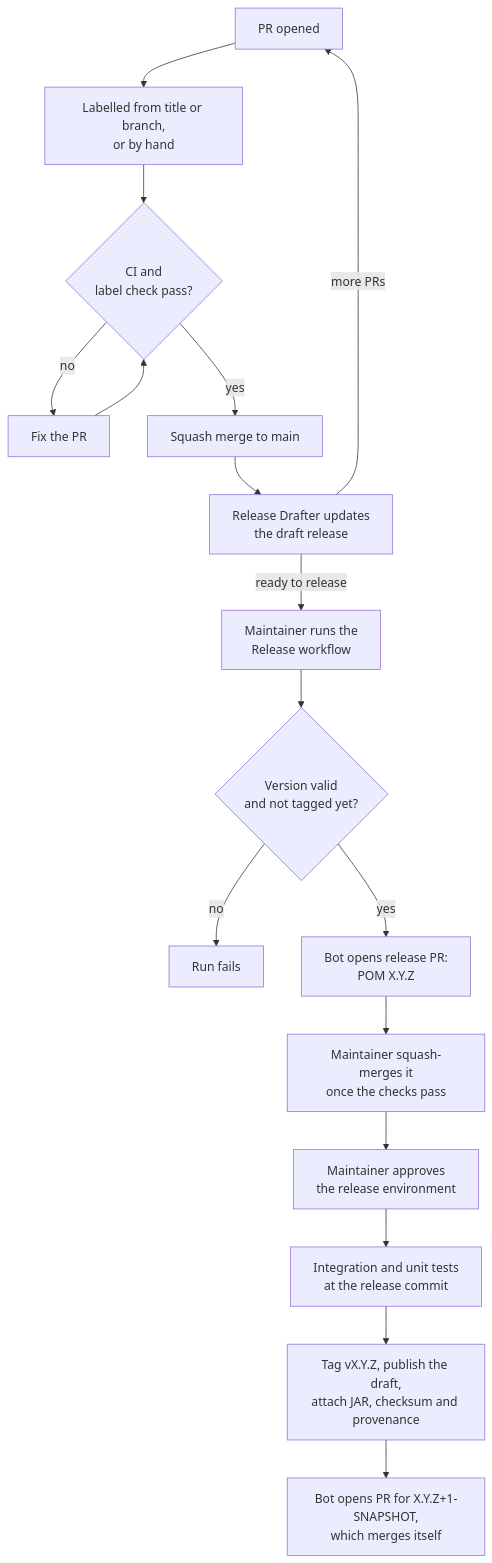
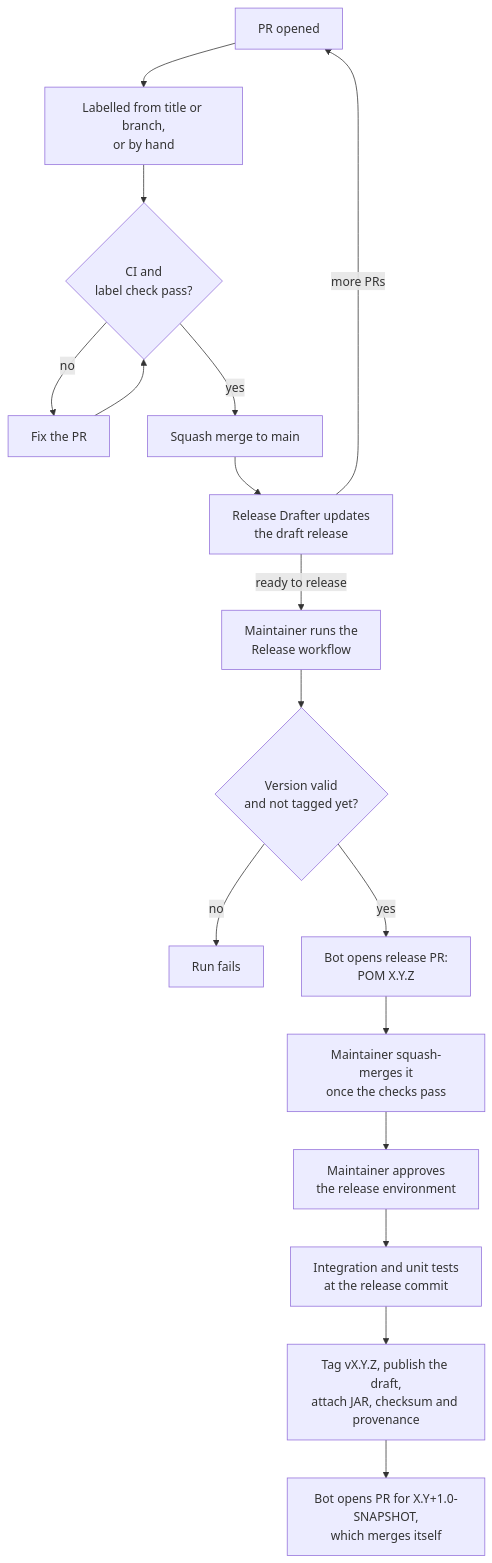
The diagram in docs/releasing.md (InsaneDwayne/keycloak-email-domain-policy), drawn with Mermaid before and after one commit. The commit also changed other lines of this file and 1 other file, not shown here.

````diff
--- a/docs/releasing.md
+++ b/docs/releasing.md
@@ -9,18 +9,18 @@
 ```mermaid
 flowchart TD
     pr[PR opened] --> label[Labelled from title or branch,<br/>or by hand]
     label --> checks{CI and<br/>label check pass?}
     checks -- no --> fix[Fix the PR] --> checks
     checks -- yes --> merge[Squash merge to main]
     merge --> draft[Release Drafter updates<br/>the draft release]
     draft -- more PRs --> pr
     draft -- ready to release --> run[Maintainer runs the<br/>Release workflow]
     run --> check{Version valid<br/>and not tagged yet?}
     check -- no --> failed[Run fails]
     check -- yes --> relpr[Bot opens release PR:<br/>POM X.Y.Z]
     relpr --> relmerge[Maintainer squash-merges it<br/>once the checks pass]
     relmerge --> approve[Maintainer approves<br/>the release environment]
     approve --> build[Integration and unit tests<br/>at the release commit]
     build --> publish[Tag vX.Y.Z, publish the draft,<br/>attach JAR, checksum and provenance]
-    publish --> next[Bot opens PR for X.Y.Z+1-SNAPSHOT,<br/>which merges itself]
+    publish --> next[Bot opens PR for X.Y+1.0-SNAPSHOT,<br/>which merges itself]
 ```
````
